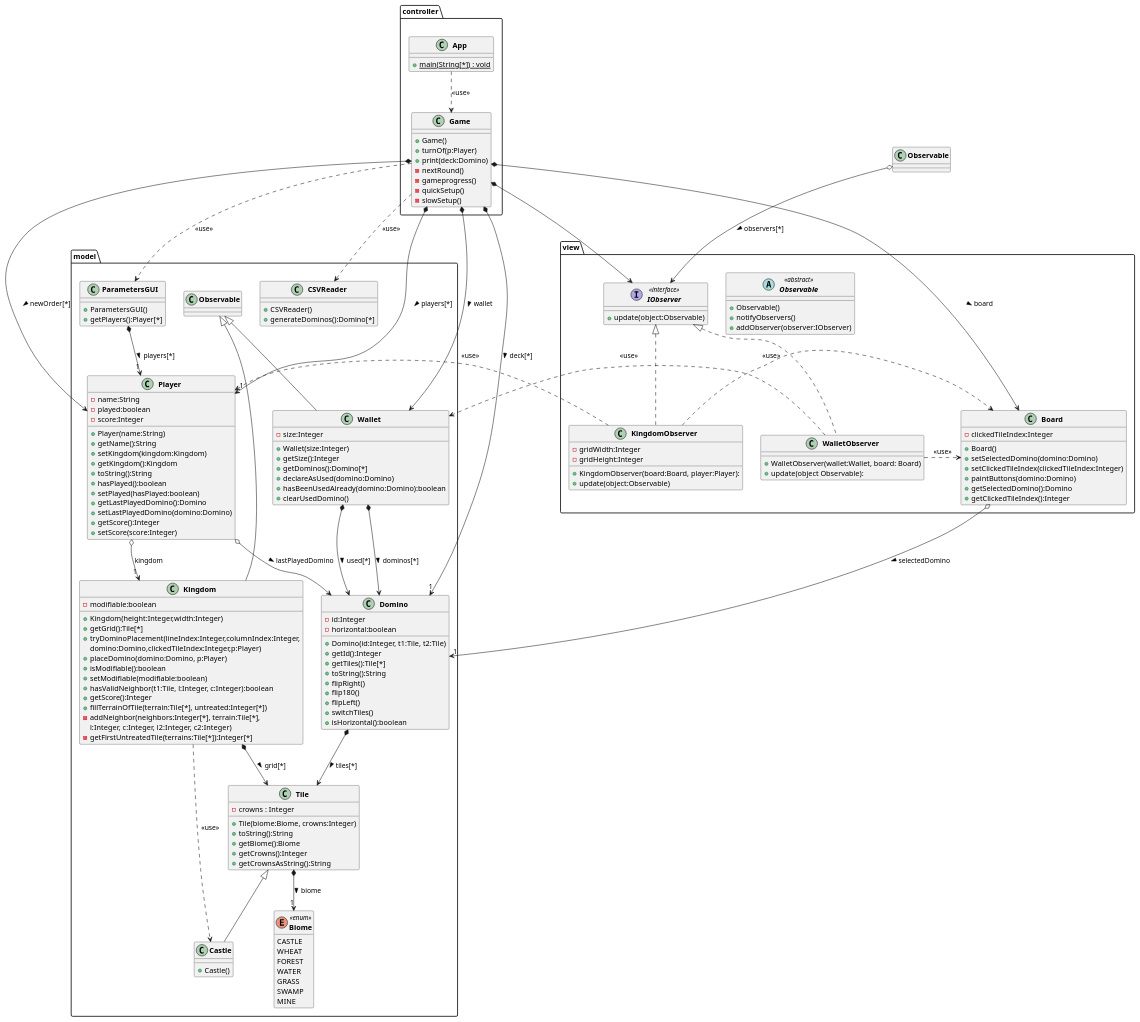
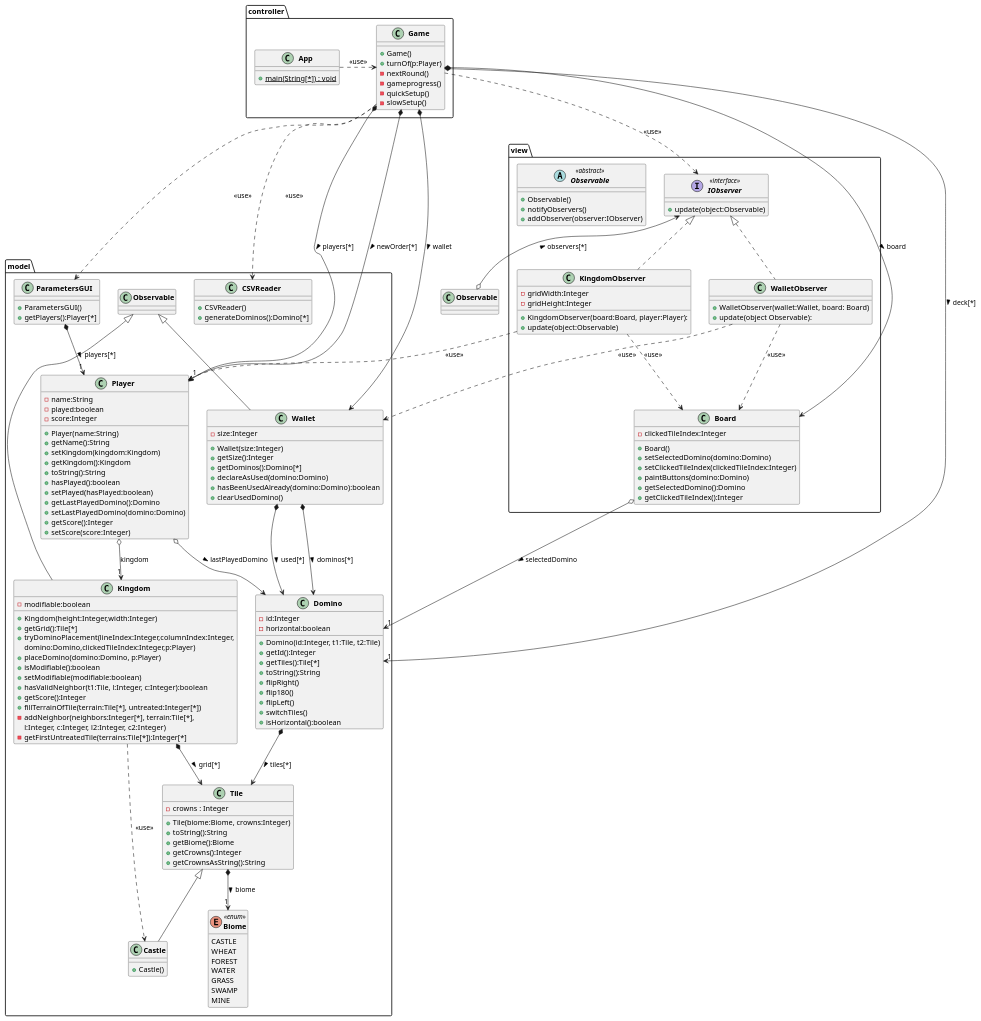
Before and after one commit to BaptisteWetterwald/dut-a31-kingdomino: the diagram in src/uml/dc.puml, drawn with PlantUML.

```diff
--- a/src/uml/dc.puml
+++ b/src/uml/dc.puml
@@ -1,196 +1,195 @@
 @startuml
 'https://plantuml.com/class-diagram
 
 skinparam classFontStyle Bold
 hide enum methods
 
 package view
 {
     abstract class Observable <<abstract>>
     {
         +Observable()
         +notifyObservers()
         +addObserver(observer:IObserver)
     }
 
     class KingdomObserver implements IObserver
     {
         -gridWidth:Integer
         -gridHeight:Integer
         +KingdomObserver(board:Board, player:Player):
         +update(object:Observable)
     }
 
     interface IObserver <<interface>>
     {
         +update(object:Observable)
     }
 
     class Board
     {
         -clickedTileIndex:Integer
         +Board()
         +setSelectedDomino(domino:Domino)
         +setClickedTileIndex(clickedTileIndex:Integer)
         +paintButtons(domino:Domino)
         +getSelectedDomino():Domino
         +getClickedTileIndex():Integer
     }
 
     class WalletObserver implements IObserver
     {
         +WalletObserver(wallet:Wallet, board: Board)
         +update(object Observable):
     }
 }
 
 package model
 {
     enum Biome <<enum>>
     {
         CASTLE
         WHEAT
         FOREST
         WATER
         GRASS
         SWAMP
         MINE
         +parse()
     }
 
     class Castle extends Tile
     {
         +Castle()
     }
 
     class Domino
     {
         +Domino(id:Integer, t1:Tile, t2:Tile)
         -id:Integer
         -horizontal:boolean
         +getId():Integer
         +getTiles():Tile[*]
         +toString():String
         +flipRight()
         +flip180()
         +flipLeft()
         +switchTiles()
         +isHorizontal():boolean
     }
 
     class Kingdom extends Observable
     {
         -modifiable:boolean
         +Kingdom(height:Integer,width:Integer)
         +getGrid():Tile[*]
         +tryDominoPlacement(lineIndex:Integer,columnIndex:Integer,
         domino:Domino,clickedTileIndex:Integer,p:Player)
         +placeDomino(domino:Domino, p:Player)
         +isModifiable():boolean
         +setModifiable(modifiable:boolean)
         +hasValidNeighbor(t1:Tile, l:Integer, c:Integer):boolean
         +getScore():Integer
         +fillTerrainOfTile(terrain:Tile[*], untreated:Integer[*])
         -addNeighbor(neighbors:Integer[*], terrain:Tile[*],
         l:Integer, c:Integer, l2:Integer, c2:Integer)
         -getFirstUntreatedTile(terrains:Tile[*]):Integer[*]
     }
 
     class ParametersGUI
     {
         +ParametersGUI()
         +getPlayers():Player[*]
     }
 
     class Player
     {
         -name:String
         -played:boolean
         -score:Integer
         +Player(name:String)
         +getName():String
         +setKingdom(kingdom:Kingdom)
         +getKingdom():Kingdom
         +toString():String
         +hasPlayed():boolean
         +setPlayed(hasPlayed:boolean)
         +getLastPlayedDomino():Domino
         +setLastPlayedDomino(domino:Domino)
         +getScore():Integer
         +setScore(score:Integer)
     }
 
     class CSVReader
     {
         +CSVReader()
         +generateDominos():Domino[*]
     }
 
     class Tile
     {
         - crowns : Integer
         +Tile(biome:Biome, crowns:Integer)
         +toString():String
         +getBiome():Biome
         +getCrowns():Integer
         +getCrownsAsString():String
     }
 
     class Wallet extends Observable
     {
         -size:Integer
         +Wallet(size:Integer)
         +getSize():Integer
         +getDominos():Domino[*]
         +declareAsUsed(domino:Domino)
         +hasBeenUsedAlready(domino:Domino):boolean
         +clearUsedDomino()
     }
 }
 
 package controller
 {
     class App
     {
         + {static} main(String[*]) : void
     }
 
     class Game
     {
         +Game()
         +turnOf(p:Player)
-        +print(deck:Domino)
         -nextRound()
         -gameprogress()
         -quickSetup()
         -slowSetup()
     }
 
 }
 
 Domino *--> Tile : > tiles[*]
 Game *--> "1" Domino:  >  deck[*]
 Game *--> "1" Player:  >  players[*]
 Game *--> Player : > newOrder[*]
 Game *--> Board : > board
 Game *--> Wallet:  >  wallet
-Game *--> IObserver
+Game ..> IObserver : <<use>>
 Kingdom *--> Tile:  >  grid[*]
 ParametersGUI *--> "1" Player:  >  players[*]
 Player o--> "1"Kingdom:   kingdom
 Tile *--> "1" Biome:  >  biome
 Wallet *--> Domino :  >  dominos[*]
 Board o--> "1" Domino :  > selectedDomino
-App  ..> Game : <<use>>
-Game ..> CSVReader : <<use>>
+App  .> Game : <<use>>
+Game .> CSVReader : <<use>>
 Game ..> ParametersGUI : <<use>>
 Player o--> Domino : > lastPlayedDomino
 Wallet *--> Domino : > used[*]
 Kingdom ..> Castle : <<use>>
-Observable o--> IObserver : > observers[*]
-KingdomObserver .> Board : <<use>>
-KingdomObserver .> Player : <<use>>
-WalletObserver .> Wallet : <<use>>
-WalletObserver .> Board : <<use>>
+Observable o-up-> IObserver : > observers[*]
+KingdomObserver ..> Board : <<use>>
+KingdomObserver ..> Player : <<use>>
+WalletObserver ..> Wallet : <<use>>
+WalletObserver ..> Board : <<use>>
 
 @enduml
```
